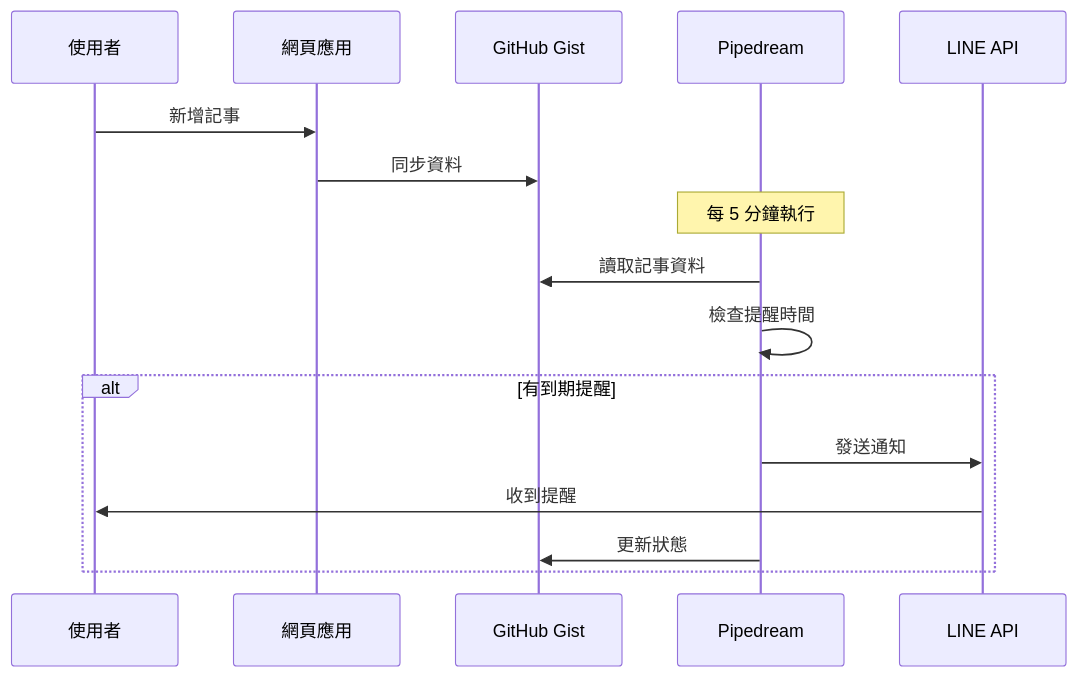
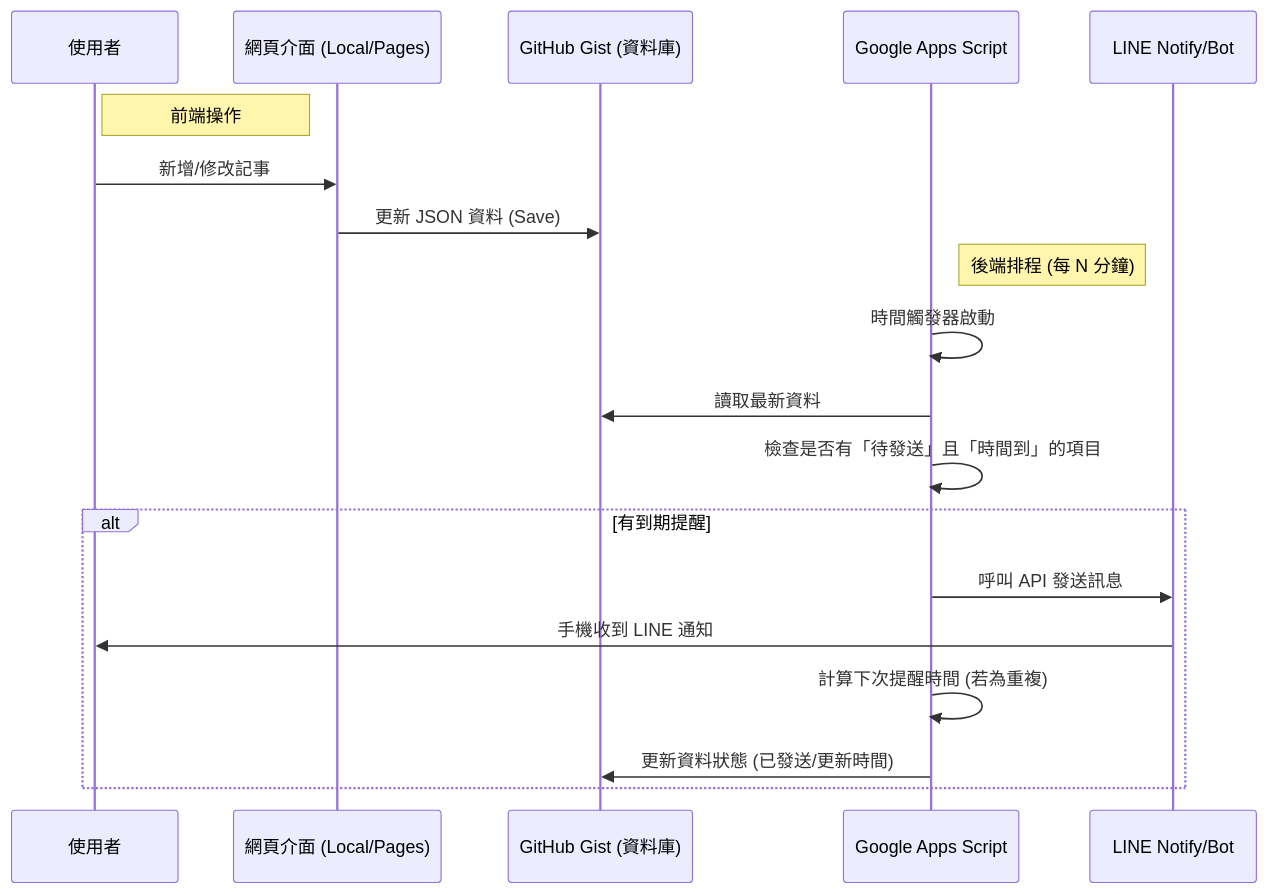
Before and after one commit to Joy0130/LineNotify: the diagram in README.md, drawn with Mermaid. The commit also changed other lines of this file and 4 other files, not shown here.

````diff
--- a/README.md
+++ b/README.md
@@ -82,19 +50,24 @@
 ```mermaid
 sequenceDiagram
     participant User as 使用者
-    participant Web as 網頁應用
-    participant Gist as GitHub Gist
-    participant PD as Pipedream
-    participant LINE as LINE API
+    participant Web as 網頁介面 (Local/Pages)
+    participant Gist as GitHub Gist (資料庫)
+    participant GAS as Google Apps Script
+    participant LINE as LINE Notify/Bot
 
-    User->>Web: 新增記事
-    Web->>Gist: 同步資料
-    Note over PD: 每 5 分鐘執行
-    PD->>Gist: 讀取記事資料
-    PD->>PD: 檢查提醒時間
+    Note left of Web: 前端操作
+    User->>Web: 新增/修改記事
+    Web->>Gist: 更新 JSON 資料 (Save)
+
+    Note right of GAS: 後端排程 (每 N 分鐘)
+    GAS->>GAS: 時間觸發器啟動
+    GAS->>Gist: 讀取最新資料
+    GAS->>GAS: 檢查是否有「待發送」且「時間到」的項目
+    
     alt 有到期提醒
-        PD->>LINE: 發送通知
-        LINE->>User: 收到提醒
-        PD->>Gist: 更新狀態
+        GAS->>LINE: 呼叫 API 發送訊息
+        LINE->>User: 手機收到 LINE 通知
+        GAS->>GAS: 計算下次提醒時間 (若為重複)
+        GAS->>Gist: 更新資料狀態 (已發送/更新時間)
     end
 ```
````
